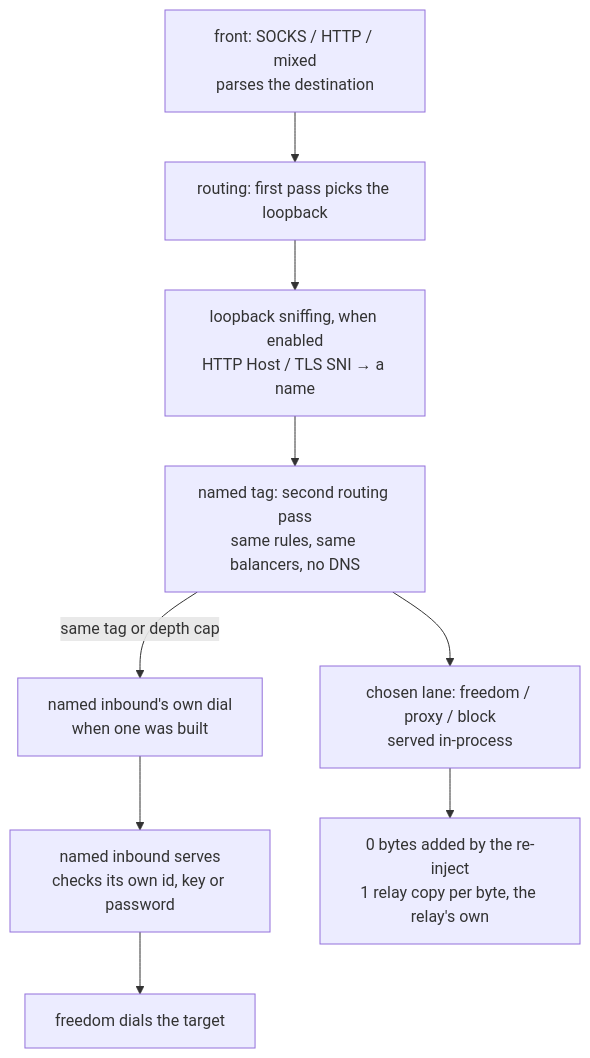
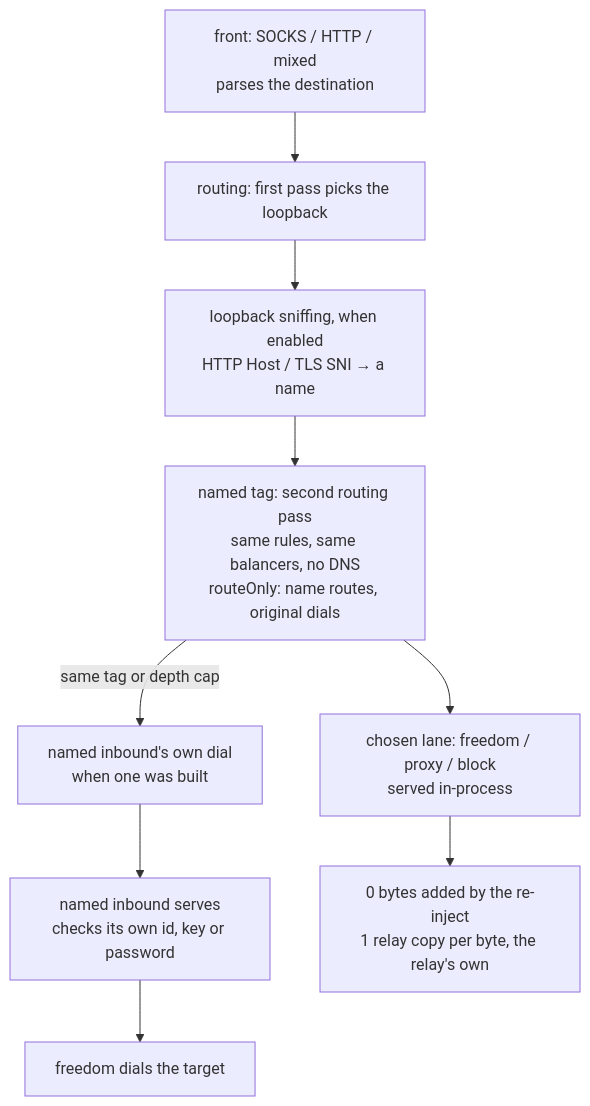
The diagram in docs/function/loopback.md (Ferrocite/ferrox), drawn with Mermaid before and after one commit. The commit also changed other lines of this file and 1 other file, not shown here.

Commit message:
loopback: preserve the second pass facts and routeOnly split

````diff
--- a/docs/function/loopback.md
+++ b/docs/function/loopback.md
@@ -13,11 +13,11 @@
 ```mermaid
 graph TD
     C["front: SOCKS / HTTP / mixed<br/>parses the destination"] --> R["routing: first pass picks the loopback"]
     R --> N["loopback sniffing, when enabled<br/>HTTP Host / TLS SNI → a name"]
-    N --> P["named tag: second routing pass<br/>same rules, same balancers, no DNS"]
+    N --> P["named tag: second routing pass<br/>same rules, same balancers, no DNS<br/>routeOnly: name routes, original dials"]
     P --> O["chosen lane: freedom / proxy / block<br/>served in-process"]
     P -->|same tag or depth cap| D["named inbound's own dial<br/>when one was built"]
     D --> S["named inbound serves<br/>checks its own id, key or password"]
     S --> F["freedom dials the target"]
     O --> Z["0 bytes added by the re-inject<br/>1 relay copy per byte, the relay's own"]
 ```
````
